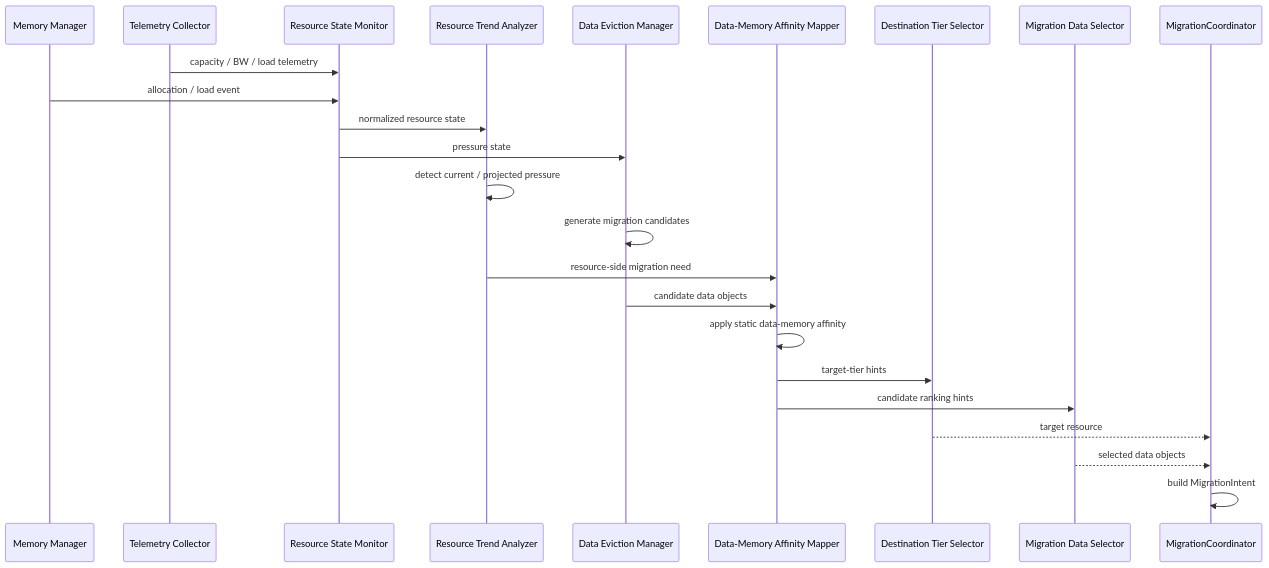
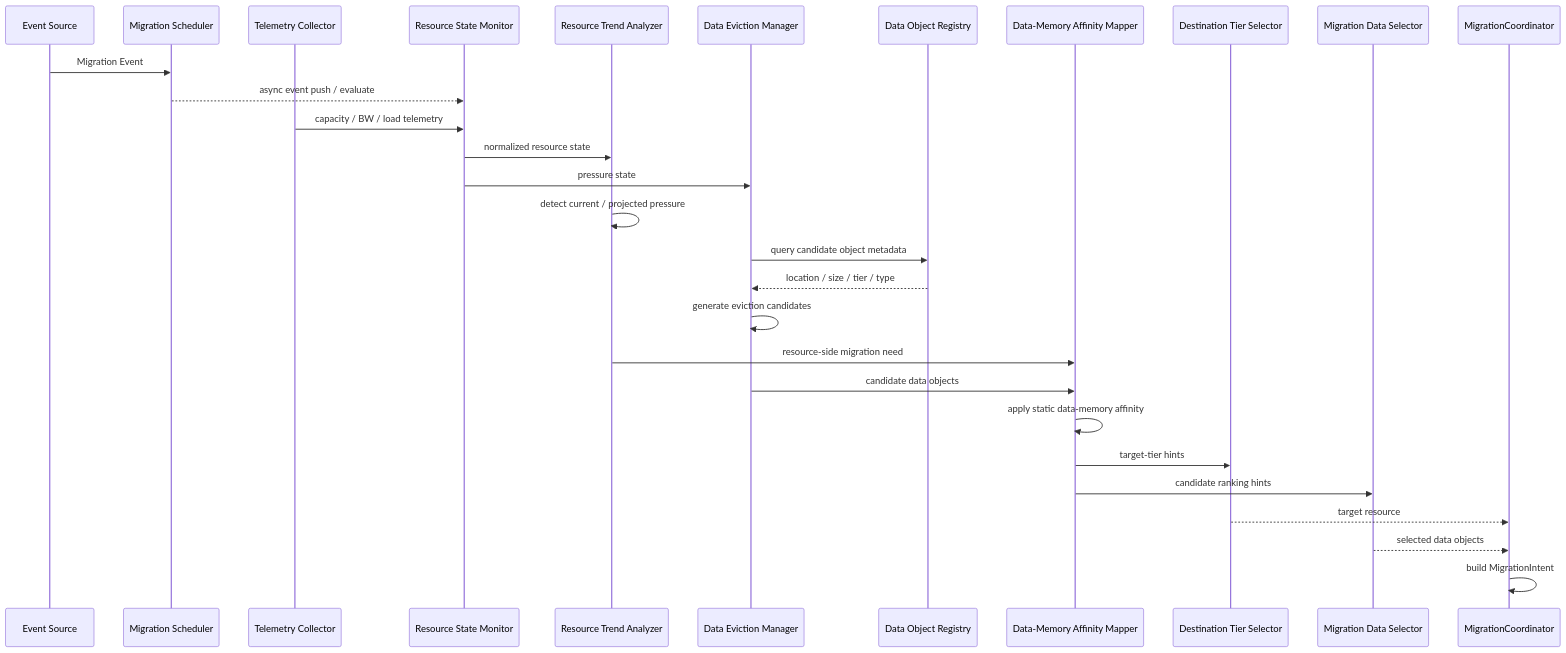
Before and after one commit to mkim0628/vllm: the second of 4 diagrams in doc-mk/DP1/dp1-ai-data-migration-decision-architecture.md, drawn with Mermaid. The commit also changed other lines of this file, not shown here.

Commit message:
docs: update DP1 event-driven migration scheduler and data registry

```diff
--- a/doc-mk/DP1/dp1-ai-data-migration-decision-architecture.md
+++ b/doc-mk/DP1/dp1-ai-data-migration-decision-architecture.md
@@ -461,31 +647,38 @@
 ~~~mermaid
 sequenceDiagram
-    participant MM as Memory Manager
+    participant E as Event Source
+    participant MS as Migration Scheduler
     participant TC as Telemetry Collector
     participant RSM as Resource State Monitor
     participant RTA as Resource Trend Analyzer
     participant DEM as Data Eviction Manager
+    participant DOR as Data Object Registry
     participant AM as Data-Memory Affinity Mapper
     participant DTS as Destination Tier Selector
     participant MDS as Migration Data Selector
     participant MC as MigrationCoordinator
 
+    E->>MS: Migration Event
+    MS-->>RSM: async event push / evaluate
+
     TC->>RSM: capacity / BW / load telemetry
-    MM->>RSM: allocation / load event
     RSM->>RTA: normalized resource state
     RSM->>DEM: pressure state
 
     RTA->>RTA: detect current / projected pressure
-    DEM->>DEM: generate migration candidates
+
+    DEM->>DOR: query candidate object metadata
+    DOR-->>DEM: location / size / tier / type
+    DEM->>DEM: generate eviction candidates
 
     RTA->>AM: resource-side migration need
     DEM->>AM: candidate data objects
     AM->>AM: apply static data-memory affinity
 
     AM->>DTS: target-tier hints
     AM->>MDS: candidate ranking hints
 
     DTS-->>MC: target resource
     MDS-->>MC: selected data objects
     MC->>MC: build MigrationIntent
 ~~~
```
